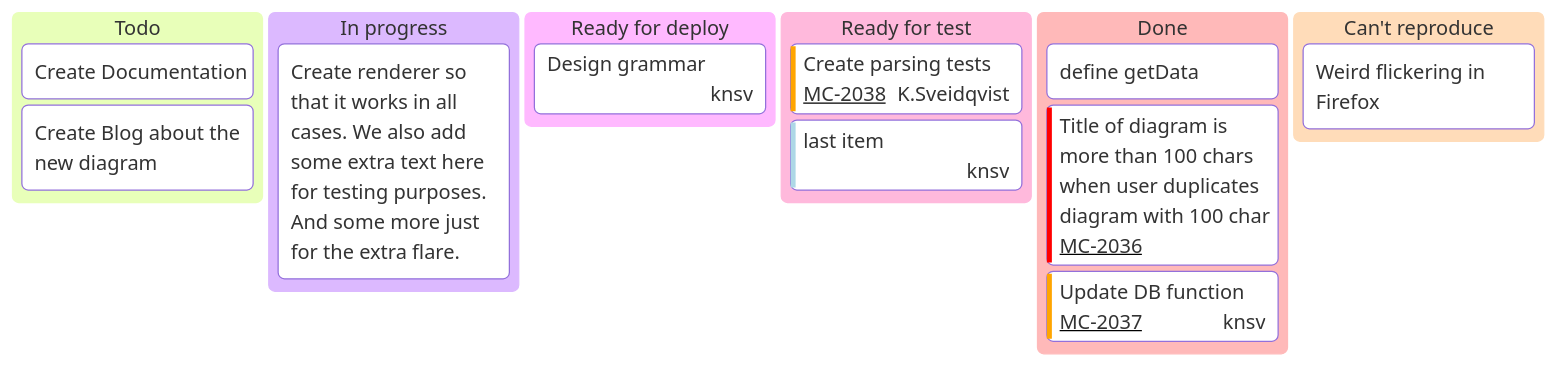
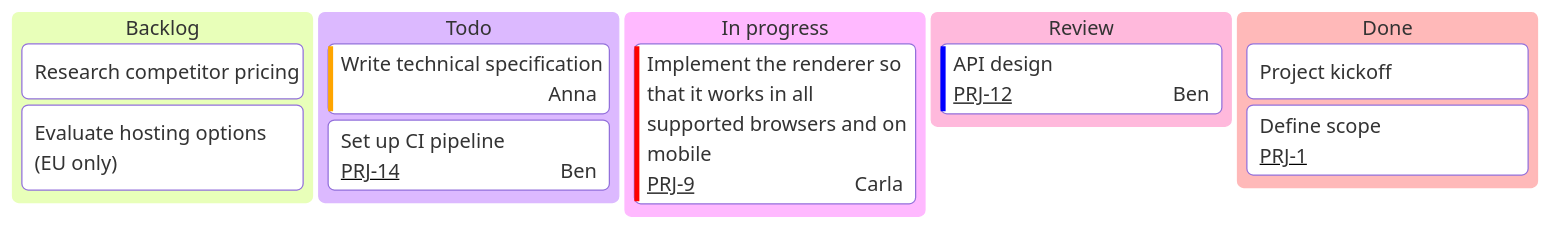
Before and after one commit to hgrabows/diagrammer-skills: the third of 3 diagrams in skills/diagrammer/specs/mermaid/kanban.md, drawn with Mermaid. The commit also changed other lines of this file and 127 other files, not shown here.

First line of the commit message:
feat: audit all specs, add example gallery, fix PlantUML and Gantt rendering

````diff
--- a/skills/diagrammer/specs/mermaid/kanban.md
+++ b/skills/diagrammer/specs/mermaid/kanban.md
@@ -80,24 +105,26 @@
 ```mermaid
 ---
 config:
   kanban:
-    ticketBaseUrl: 'https://mermaidchart.atlassian.net/browse/#TICKET#'
+    ticketBaseUrl: 'https://example.atlassian.net/browse/#TICKET#'
+    sectionWidth: 240
 ---
 kanban
-  Todo
-    [Create Documentation]
-    docs[Create Blog about the new diagram]
-  [In progress]
-    id6[Create renderer so that it works in all cases. We also add some extra text here for testing purposes. And some more just for the extra flare.]
-  id9[Ready for deploy]
-    id8[Design grammar]@{ assigned: 'knsv' }
-  id10[Ready for test]
-    id4[Create parsing tests]@{ ticket: MC-2038, assigned: 'K.Sveidqvist', priority: 'High' }
-    id66[last item]@{ priority: 'Very Low', assigned: 'knsv' }
-  id11[Done]
-    id5[define getData]
-    id2[Title of diagram is more than 100 chars when user duplicates diagram with 100 char]@{ ticket: MC-2036, priority: 'Very High'}
-    id3[Update DB function]@{ ticket: MC-2037, assigned: knsv, priority: 'High' }
-  id12[Can't reproduce]
-    id3[Weird flickering in Firefox]
+  backlog[Backlog]
+    b1[Research competitor pricing]
+    b2["Evaluate hosting options (EU only)"]
+  todo[Todo]
+    t1[Write technical specification]@{ assigned: 'Anna', priority: 'High' }
+    t2[Set up CI pipeline]@{ ticket: 'PRJ-14', assigned: 'Ben' }
+  doing[In progress]
+    d1[Implement the renderer so that it works in all supported browsers and on mobile]@{ ticket: 'PRJ-9', assigned: 'Carla', priority: 'Very High' }
+  review[Review]
+    r1[API design]@{
+      ticket: 'PRJ-12'
+      assigned: 'Ben'
+      priority: 'Low'
+    }
+  done[Done]
+    x1[Project kickoff]
+    x2[Define scope]@{ ticket: 'PRJ-1' }
 ```
````
